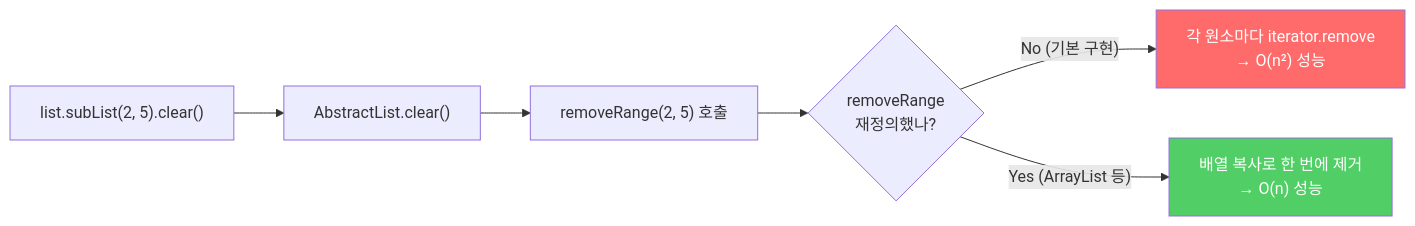
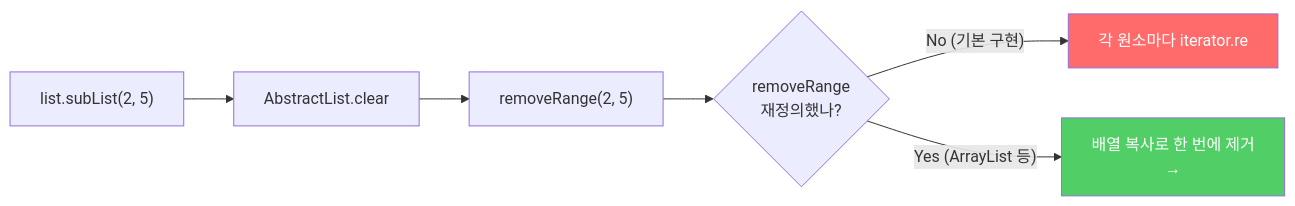
The third of 6 diagrams in _posts/java/2022-01-03-effective-java19.md (yjkim2015/yjkim2015.github.io), drawn with Mermaid before and after one commit. The commit also changed other lines of this file and 271 other files, not shown here.

First line of the commit message:
Mermaid 라벨 축소: 긴 노드 텍스트 18자 이하로 트림 + \n 제거

````diff
--- a/_posts/java/2022-01-03-effective-java19.md
+++ b/_posts/java/2022-01-03-effective-java19.md
@@ -86,10 +86,10 @@
 ```mermaid
 graph LR
-    A["list.subList(2, 5).clear()"] --> B["AbstractList.clear()"]
-    B --> C["removeRange(2, 5) 호출"]
+    A["list.subList(2, 5)"] --> B["AbstractList.clear"]
+    B --> C["removeRange(2, 5)"]
     C --> D{"removeRange\n재정의했나?"}
-    D -->|"No (기본 구현)"| E["각 원소마다 iterator.remove\n→ O(n²) 성능"]
-    D -->|"Yes (ArrayList 등)"| F["배열 복사로 한 번에 제거\n→ O(n) 성능"]
+    D -->|"No (기본 구현)"| E["각 원소마다 iterator.re"]
+    D -->|"Yes (ArrayList 등)"| F["배열 복사로 한 번에 제거\n→"]
     style E fill:#ff6b6b,color:#fff
     style F fill:#51cf66,color:#fff
 ```
````
